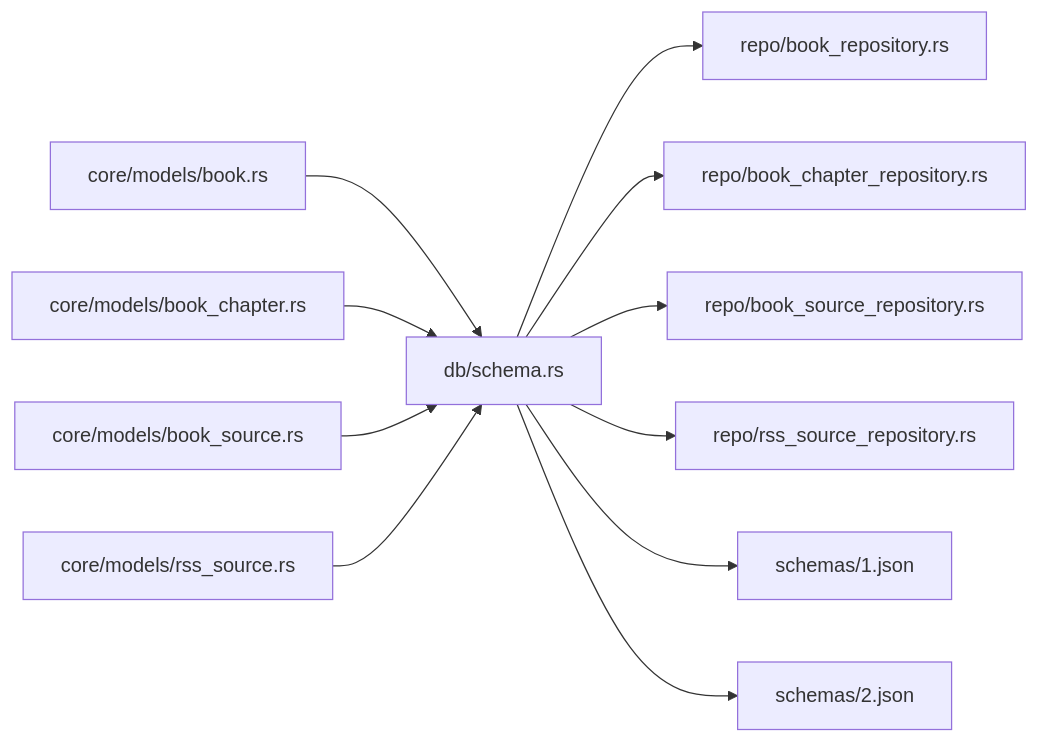
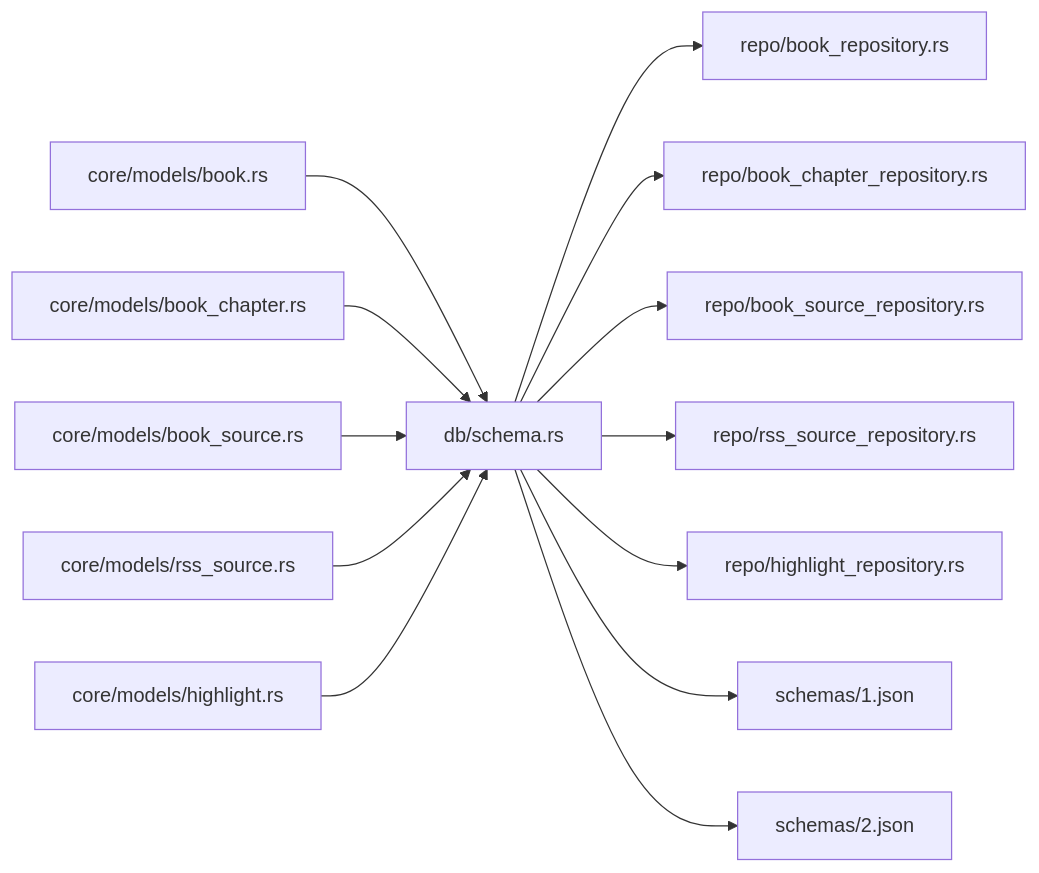
One commit to ZhangGHGitHub/LegadoTeamFlutter changed the fifth of 5 diagrams in .qoder/repowiki/zh/content/Rust核心库/数据模型设计/数据模型设计.md. Above: the diagram before and after it, drawn with Mermaid. The commit also changed other lines of this file and 173 other files, not shown here.

````diff
--- a/.qoder/repowiki/zh/content/Rust核心库/数据模型设计/数据模型设计.md
+++ b/.qoder/repowiki/zh/content/Rust核心库/数据模型设计/数据模型设计.md
@@ -317,13 +404,15 @@
 ```mermaid
 graph LR
 core_book["core/models/book.rs"] --> schema["db/schema.rs"]
 core_chapter["core/models/book_chapter.rs"] --> schema
 core_booksource["core/models/book_source.rs"] --> schema
 core_rsssource["core/models/rss_source.rs"] --> schema
+core_highlight["core/models/highlight.rs"] --> schema
 schema --> repo_book["repo/book_repository.rs"]
 schema --> repo_chapter["repo/book_chapter_repository.rs"]
 schema --> repo_booksource["repo/book_source_repository.rs"]
 schema --> repo_rsssource["repo/rss_source_repository.rs"]
+schema --> repo_highlight["repo/highlight_repository.rs"]
 schema --> room1["schemas/1.json"]
 schema --> room2["schemas/2.json"]
 ```
````
